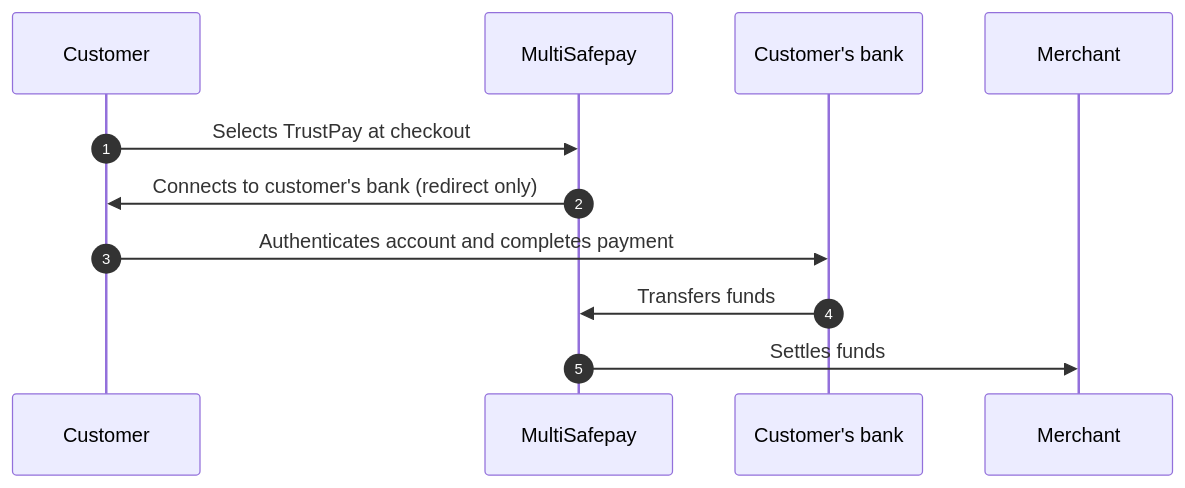
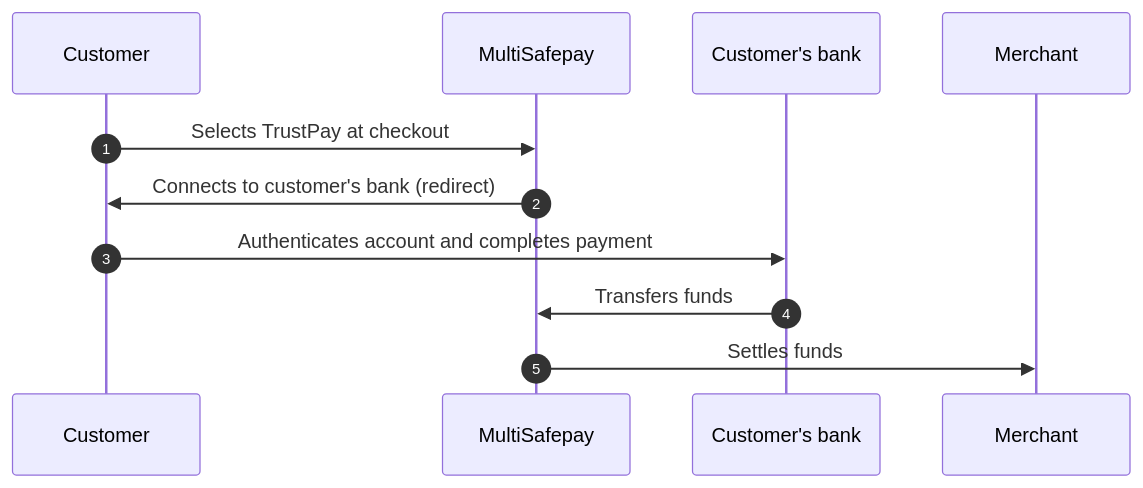
One commit to MultiSafepay/docs changed the diagram in content/payments/methods/banks/trustpay/payment-flow.md. Above: the diagram before and after it, drawn with Mermaid. The commit also changed other lines of this file and 253 other files, not shown here.

```diff
--- a/content/payments/methods/banks/trustpay/payment-flow.md
+++ b/content/payments/methods/banks/trustpay/payment-flow.md
@@ -17,16 +17,16 @@
 {{< mermaid class="text-center" >}}
 
 sequenceDiagram
     autonumber
     participant C as Customer
     participant Mu as MultiSafepay
     participant CB as Customer's bank
     participant Me as Merchant
 
     C->>Mu: Selects TrustPay at checkout
-    Mu->>C: Connects to customer's bank (redirect only)
+    Mu->>C: Connects to customer's bank (redirect)
     C->>CB: Authenticates account and completes payment
     CB->>Mu: Transfers funds 
     Mu->>Me: Settles funds
 
 {{< /mermaid >}}
```
